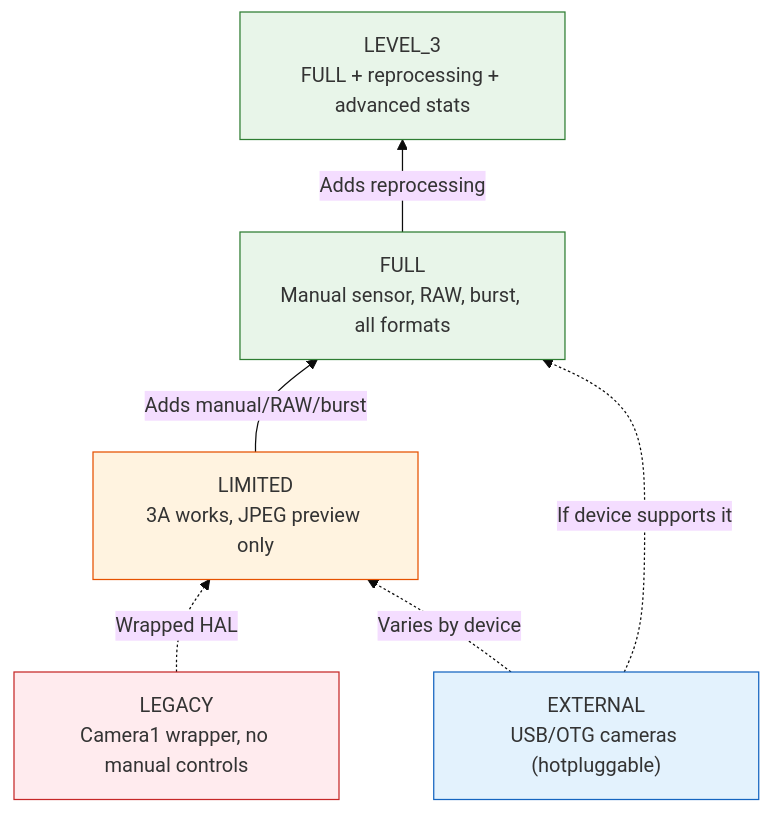
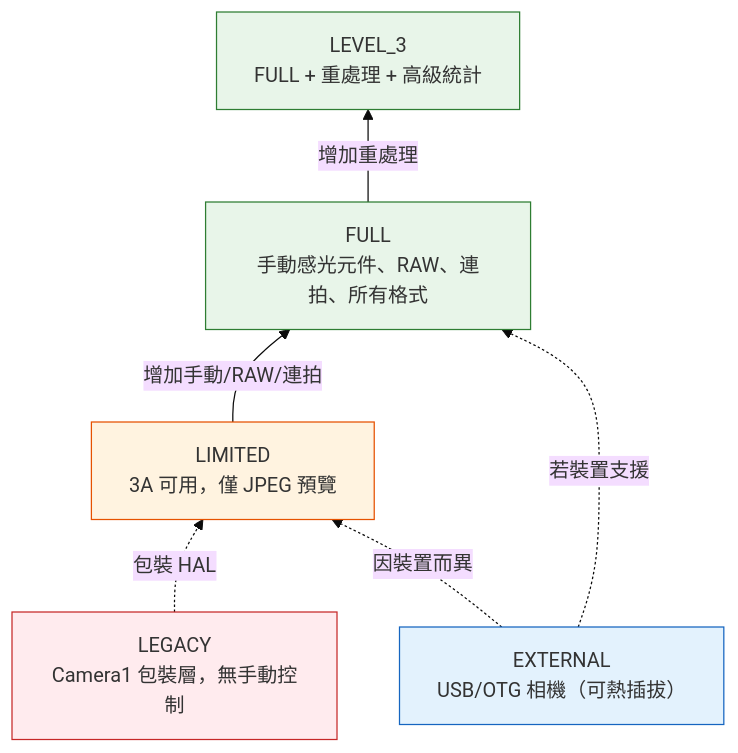
The first of 3 diagrams in website/i18n/zh-Hant/docusaurus-plugin-content-docs/current/camera2/cameracharacteristics-deep-dive.md (zoozooll/AndroidCameraParameters), drawn with Mermaid (base theme) before and after one commit. The commit also changed other lines of this file and 378 other files, not shown here.

````diff
--- a/website/i18n/zh-Hant/docusaurus-plugin-content-docs/current/camera2/cameracharacteristics-deep-dive.md
+++ b/website/i18n/zh-Hant/docusaurus-plugin-content-docs/current/camera2/cameracharacteristics-deep-dive.md
@@ -59,24 +59,24 @@
 ```mermaid
 flowchart BT
-    LEGACY["LEGACY<br/>Camera1 wrapper, no manual controls"]
-    LIMITED["LIMITED<br/>3A works, JPEG preview only"]
-    FULL["FULL<br/>Manual sensor, RAW, burst, all formats"]
-    LEVEL3["LEVEL_3<br/>FULL + reprocessing + advanced stats"]
-    EXTERNAL["EXTERNAL<br/>USB/OTG cameras (hotpluggable)"]
+    LEGACY["LEGACY<br/>Camera1 包裝層，無手動控制"]
+    LIMITED["LIMITED<br/>3A 可用，僅 JPEG 預覽"]
+    FULL["FULL<br/>手動感光元件、RAW、連拍、所有格式"]
+    LEVEL3["LEVEL_3<br/>FULL + 重處理 + 高級統計"]
+    EXTERNAL["EXTERNAL<br/>USB/OTG 相機（可熱插拔）"]
 
-    LIMITED -->|"Adds manual/RAW/burst"| FULL
-    FULL -->|"Adds reprocessing"| LEVEL3
-    LEGACY -.->|Wrapped HAL| LIMITED
-    EXTERNAL -.->|Varies by device| LIMITED
-    EXTERNAL -.->|If device supports it| FULL
+    LIMITED -->|"增加手動/RAW/連拍"| FULL
+    FULL -->|"增加重處理"| LEVEL3
+    LEGACY -.->|包裝 HAL| LIMITED
+    EXTERNAL -.->|因裝置而異| LIMITED
+    EXTERNAL -.->|若裝置支援| FULL
 
     classDef low fill:#ffebee,stroke:#c62828;
     classDef mid fill:#fff3e0,stroke:#e65100;
     classDef high fill:#e8f5e9,stroke:#2e7d32;
     classDef ext fill:#e3f2fd,stroke:#1565c0;
 
     class LEGACY low;
     class LIMITED mid;
     class FULL,LEVEL3 high;
     class EXTERNAL ext;
 ```
````
